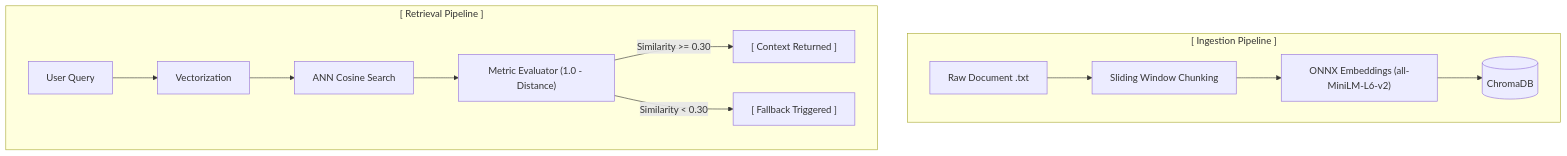
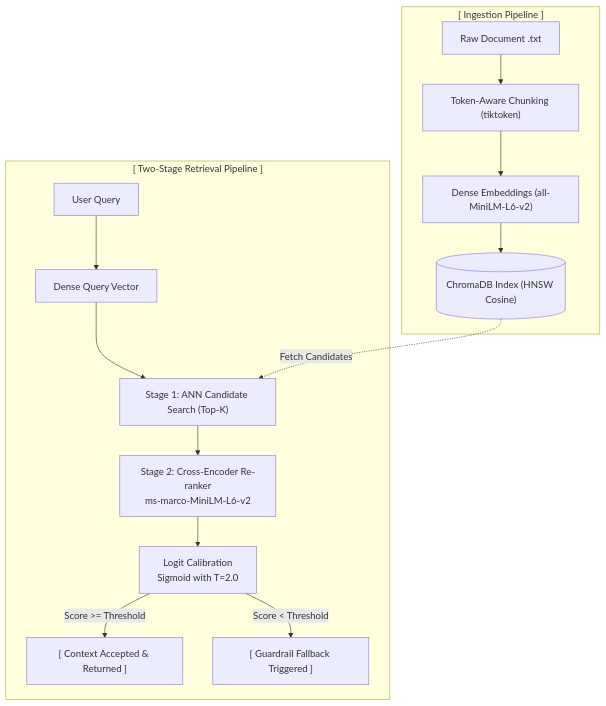
The first of 3 diagrams in README.md (nextgen-er/ai-engineer-interview), drawn with Mermaid before and after one commit.

Commit message:
docs: Rectified the Architecture Overview of RAG Retrieval Pipeline

````diff
--- a/README.md
+++ b/README.md
@@ -28,17 +28,20 @@
 ```mermaid
 flowchart TD
     subgraph Ingestion["[ Ingestion Pipeline ]"]
-        A[Raw Document .txt] --> B[Sliding Window Chunking]
-        B --> C["ONNX Embeddings (all-MiniLM-L6-v2)"]
-        C --> D[(ChromaDB)]
+        A[Raw Document .txt] --> B["Token-Aware Chunking (tiktoken)"]
+        B --> C["Dense Embeddings (all-MiniLM-L6-v2)"]
+        C --> D[("ChromaDB Index (HNSW Cosine)")]
     end
 
-    subgraph Retrieval["[ Retrieval Pipeline ]"]
-        Q[User Query] --> V[Vectorization]
-        V --> S[ANN Cosine Search]
-        S --> M["Metric Evaluator (1.0 - Distance)"]
+    subgraph Retrieval["[ Two-Stage Retrieval Pipeline ]"]
+        Q[User Query] --> V[Dense Query Vector]
+        V --> S["Stage 1: ANN Candidate Search (Top-K)"]
+        D -.->|Fetch Candidates| S
         
-        M -->|Similarity >= 0.30| R1["[ Context Returned ]"]
-        M -->|Similarity < 0.30| R2["[ Fallback Triggered ]"]
+        S --> R["Stage 2: Cross-Encoder Re-ranker\nms-marco-MiniLM-L6-v2"]
+        R --> Cfg["Logit Calibration\nSigmoid with T=2.0"]
+        
+        Cfg -->|Score >= Threshold| R1["[ Context Accepted & Returned ]"]
+        Cfg -->|Score < Threshold| R2["[ Guardrail Fallback Triggered ]"]
     end
 ```
````
